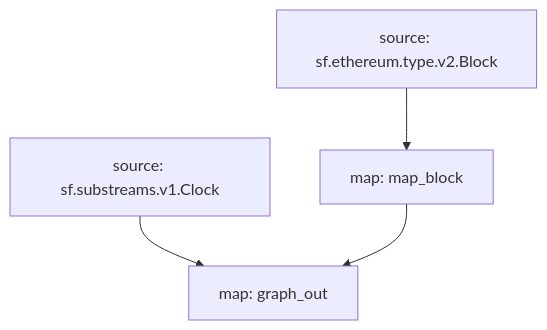
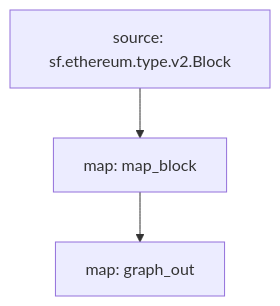
The diagram in README.md (pinax-network/substreams-erc20-transfers), drawn with Mermaid before and after one commit. The commit also changed other lines of this file and 2 other files, not shown here.

Commit message:
delete clock

````diff
--- a/README.md
+++ b/README.md
@@ -34,9 +34,8 @@
 ```mermaid
 graph TD;
   map_block[map: map_block];
   sf.ethereum.type.v2.Block[source: sf.ethereum.type.v2.Block] --> map_block;
   graph_out[map: graph_out];
-  sf.substreams.v1.Clock[source: sf.substreams.v1.Clock] --> graph_out;
   map_block --> graph_out;
 
 ```
````
